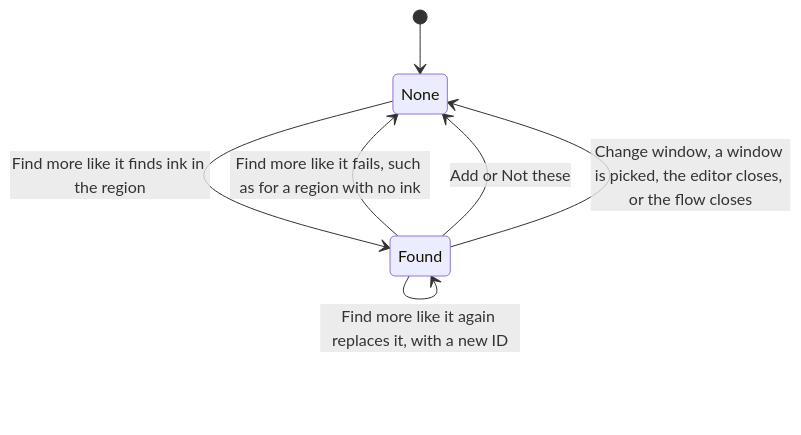
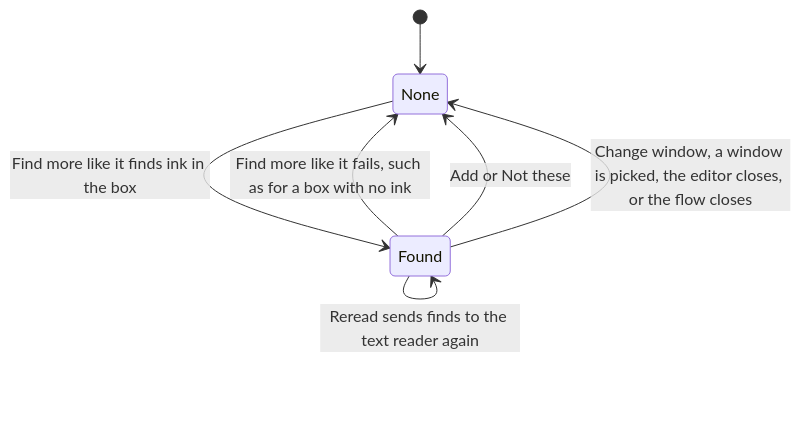
One commit to TheLunchTrae/appy-tappy changed diagram 32 of 38 in wiki/State-machines.md. Above: the diagram before and after it, drawn with Mermaid. The commit also changed other lines of this file and 57 other files, not shown here.

````diff
--- a/wiki/State-machines.md
+++ b/wiki/State-machines.md
@@ -1736,9 +1928,10 @@
 ```mermaid
 stateDiagram-v2
     [*] --> None
-    None --> Found: Find more like it finds ink in the region
+    None --> Found: Find more like it finds ink in the box
     Found --> Found: Find more like it again replaces it, with a new ID
-    Found --> None: Find more like it fails, such as for a region with no ink
+    Found --> Found: Reread sends finds to the text reader again
+    Found --> None: Find more like it fails, such as for a box with no ink
     Found --> None: Add or Not these
     Found --> None: Change window, a window is picked, the editor closes, or the flow closes
 ```
````
